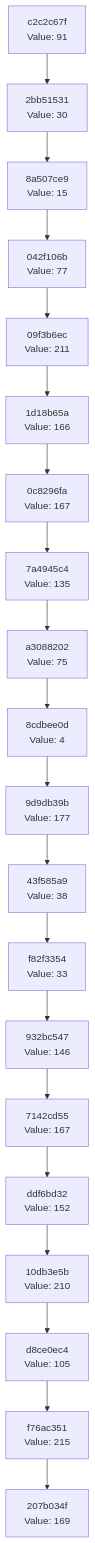
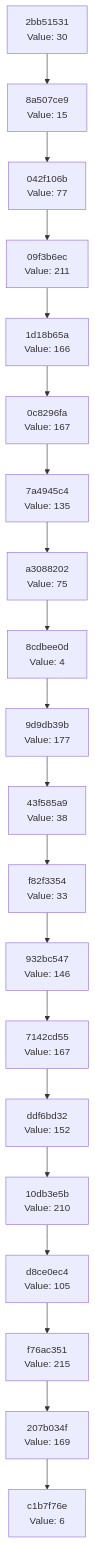
Before and after one commit to Abhisheksinha1506/hash-chain-evolver: the diagram in docs/CHAIN_VISUALIZATION.md, drawn with Mermaid. The commit also changed 3 other files, not shown here.

````diff
--- a/docs/CHAIN_VISUALIZATION.md
+++ b/docs/CHAIN_VISUALIZATION.md
@@ -3,42 +3,42 @@
 ```mermaid
 graph TD
-    C0["207b034f<br/>Value: 169"]
-    C1["f76ac351<br/>Value: 215"]
+    C0["c1b7f76e<br/>Value: 6"]
+    C1["207b034f<br/>Value: 169"]
     C1 --> C0
-    C2["d8ce0ec4<br/>Value: 105"]
+    C2["f76ac351<br/>Value: 215"]
     C2 --> C1
-    C3["10db3e5b<br/>Value: 210"]
+    C3["d8ce0ec4<br/>Value: 105"]
     C3 --> C2
-    C4["ddf6bd32<br/>Value: 152"]
+    C4["10db3e5b<br/>Value: 210"]
     C4 --> C3
-    C5["7142cd55<br/>Value: 167"]
+    C5["ddf6bd32<br/>Value: 152"]
     C5 --> C4
-    C6["932bc547<br/>Value: 146"]
+    C6["7142cd55<br/>Value: 167"]
     C6 --> C5
-    C7["f82f3354<br/>Value: 33"]
+    C7["932bc547<br/>Value: 146"]
     C7 --> C6
-    C8["43f585a9<br/>Value: 38"]
+    C8["f82f3354<br/>Value: 33"]
     C8 --> C7
-    C9["9d9db39b<br/>Value: 177"]
+    C9["43f585a9<br/>Value: 38"]
     C9 --> C8
-    C10["8cdbee0d<br/>Value: 4"]
+    C10["9d9db39b<br/>Value: 177"]
     C10 --> C9
-    C11["a3088202<br/>Value: 75"]
+    C11["8cdbee0d<br/>Value: 4"]
     C11 --> C10
-    C12["7a4945c4<br/>Value: 135"]
+    C12["a3088202<br/>Value: 75"]
     C12 --> C11
-    C13["0c8296fa<br/>Value: 167"]
+    C13["7a4945c4<br/>Value: 135"]
     C13 --> C12
-    C14["1d18b65a<br/>Value: 166"]
+    C14["0c8296fa<br/>Value: 167"]
     C14 --> C13
-    C15["09f3b6ec<br/>Value: 211"]
+    C15["1d18b65a<br/>Value: 166"]
     C15 --> C14
-    C16["042f106b<br/>Value: 77"]
+    C16["09f3b6ec<br/>Value: 211"]
     C16 --> C15
-    C17["8a507ce9<br/>Value: 15"]
+    C17["042f106b<br/>Value: 77"]
     C17 --> C16
-    C18["2bb51531<br/>Value: 30"]
+    C18["8a507ce9<br/>Value: 15"]
     C18 --> C17
-    C19["c2c2c67f<br/>Value: 91"]
+    C19["2bb51531<br/>Value: 30"]
     C19 --> C18
 ```
````
